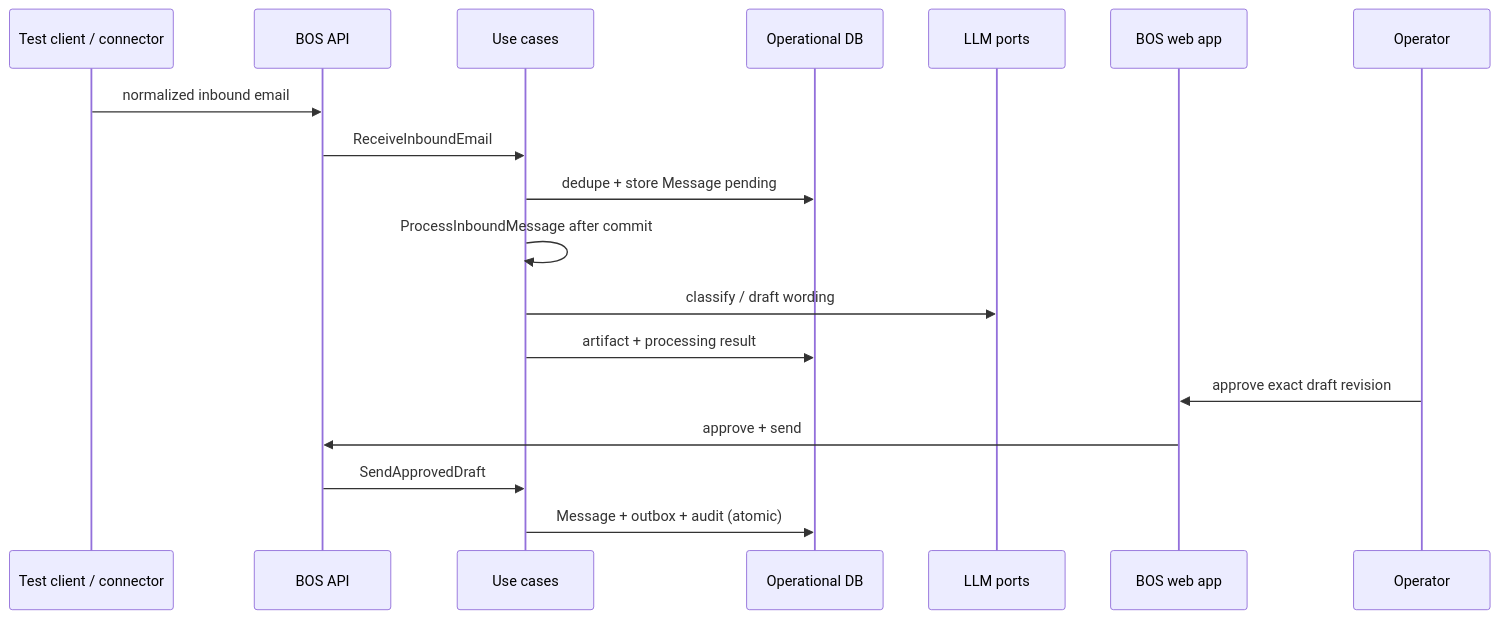
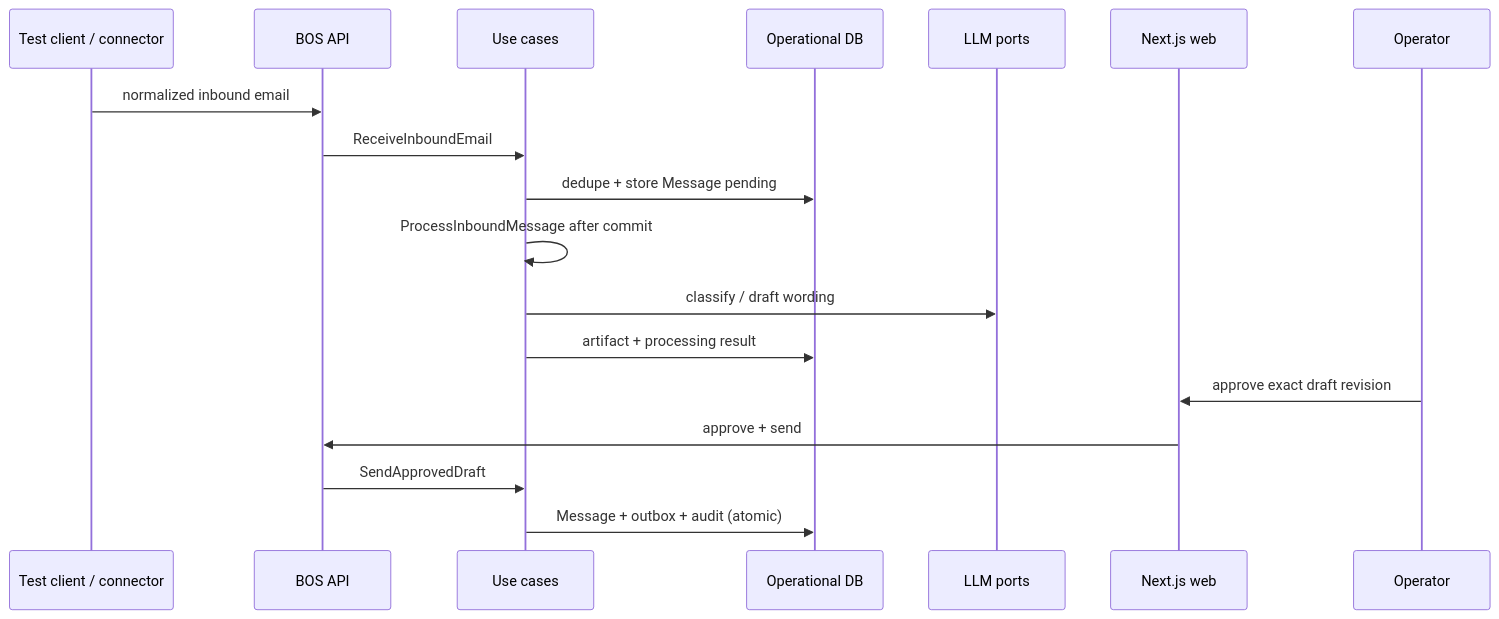
One commit to OwnStack-Digital/customer-desk changed the second of 3 diagrams in docs/ARCHITECTURE.md. Above: the diagram before and after it, drawn with Mermaid. The commit also changed other lines of this file, not shown here.

Commit message:
docs: enhance architecture documentation with Next.js specifics and folder structure clarification

````diff
--- a/docs/ARCHITECTURE.md
+++ b/docs/ARCHITECTURE.md
@@ -102,21 +104,21 @@
 ```mermaid
 sequenceDiagram
   participant Src as Test client / connector
   participant API as BOS API
   participant UC as Use cases
   participant DB as Operational DB
   participant AI as LLM ports
-  participant UI as BOS web app
+  participant UI as Next.js web
   participant Op as Operator
 
   Src->>API: normalized inbound email
   API->>UC: ReceiveInboundEmail
   UC->>DB: dedupe + store Message pending
   UC->>UC: ProcessInboundMessage after commit
   UC->>AI: classify / draft wording
   UC->>DB: artifact + processing result
   Op->>UI: approve exact draft revision
   UI->>API: approve + send
   API->>UC: SendApprovedDraft
   UC->>DB: Message + outbox + audit (atomic)
 ```
````
